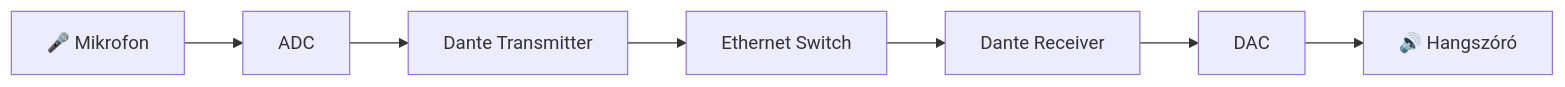
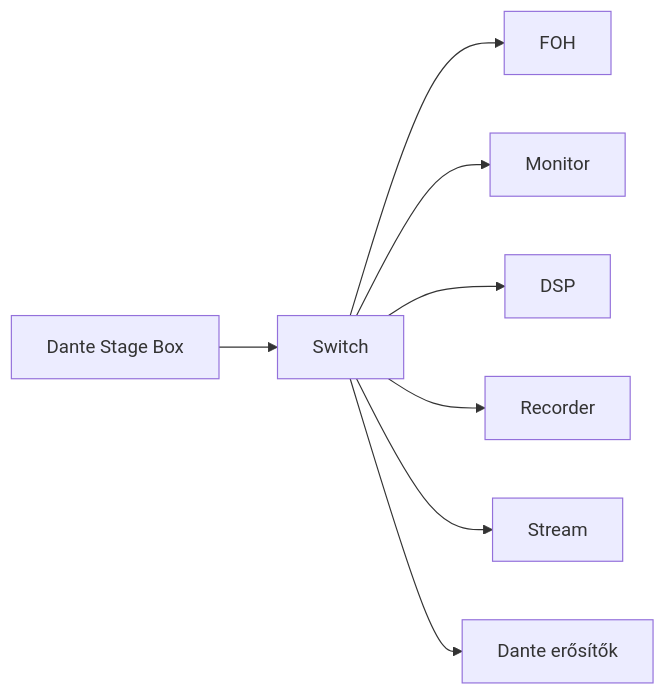
One commit to bogdanpeter/dante changed the sixth of 7 diagrams in chapters/01-mi-a-dante.md. Above: the diagram before and after it, drawn with Mermaid. The commit also changed other lines of this file, not shown here.

````diff
--- a/chapters/01-mi-a-dante.md
+++ b/chapters/01-mi-a-dante.md
@@ -1164,24 +972,10 @@
-```mermaid
+``` mermaid
 flowchart LR
-
-Mic["🎤 Mikrofon"]
-
-ADC["ADC"]
-
-TX["Dante Transmitter"]
-
-SW["Ethernet Switch"]
-
-RX["Dante Receiver"]
-
-DAC["DAC"]
-
-SPK["🔊 Hangszóró"]
-
-Mic --> ADC
-ADC --> TX
-TX --> SW
-SW --> RX
-RX --> DAC
-DAC --> SPK
+    STAGE["Dante Stage Box"] --> SW1["Switch"]
+    SW1 --> FOH["FOH"]
+    SW1 --> MON["Monitor"]
+    SW1 --> DSP["DSP"]
+    SW1 --> REC["Recorder"]
+    SW1 --> STREAM["Stream"]
+    SW1 --> AMP["Dante erősítők"]
 ```
````
